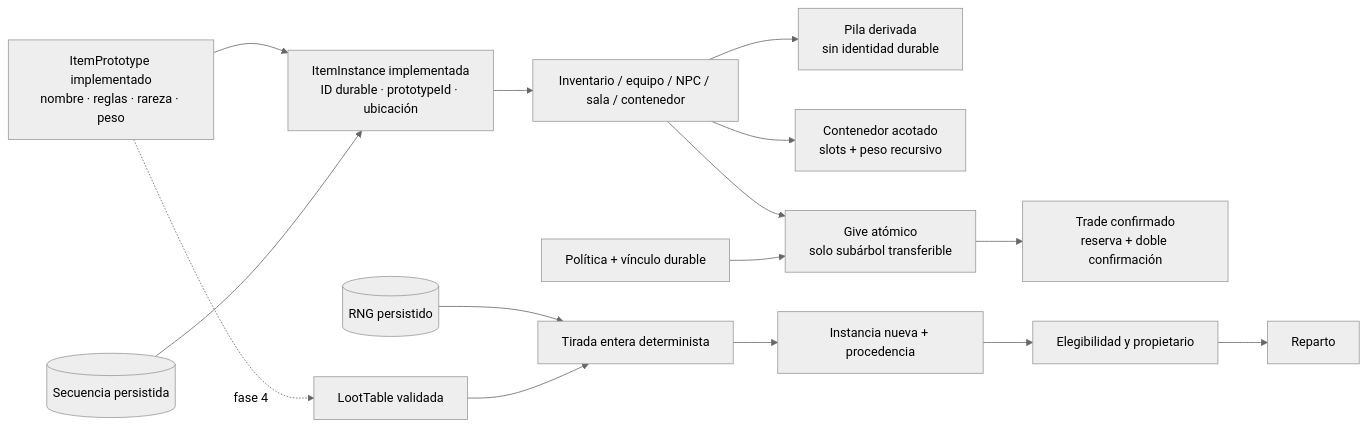
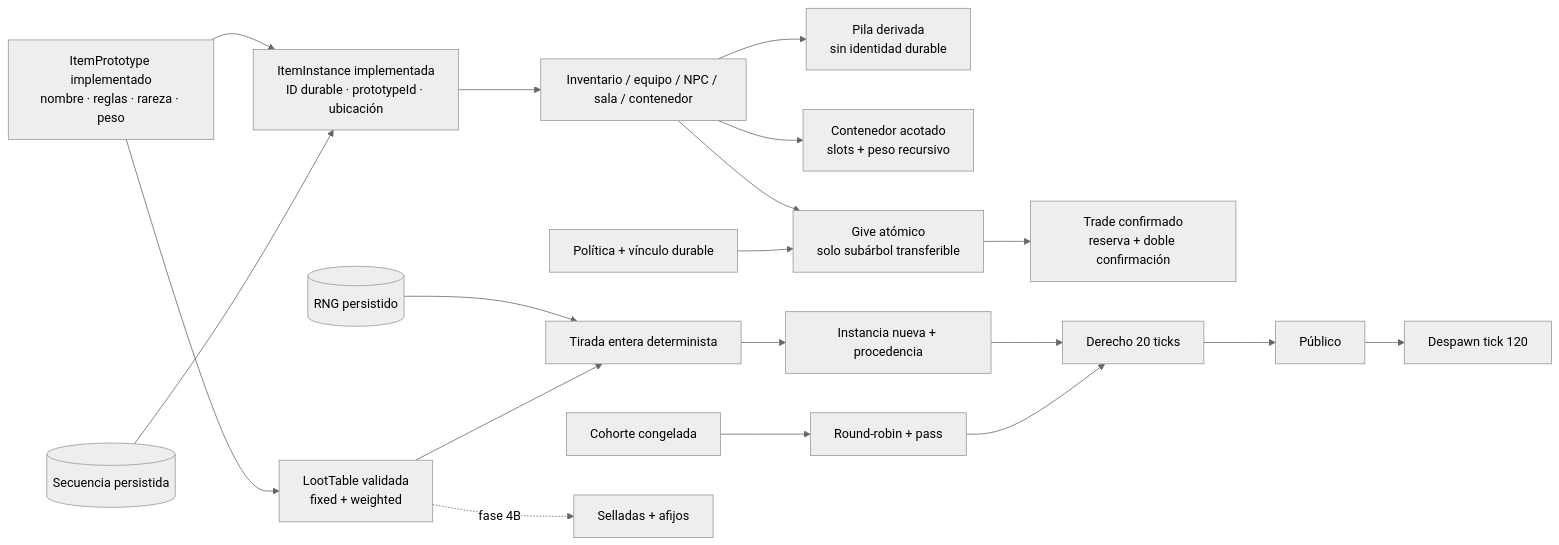
One commit to hyukudan/tiamud changed the third of 3 diagrams in docs/design/social-staff-and-loot-roadmap.md. Above: the diagram before and after it, drawn with Mermaid (neutral theme). The commit also changed other lines of this file and 46 other files, not shown here.

Commit message:
Implement repeatable loot rights and provenance

````diff
--- a/docs/design/social-staff-and-loot-roadmap.md
+++ b/docs/design/social-staff-and-loot-roadmap.md
@@ -386,21 +405,25 @@
 ```mermaid
 flowchart LR
     accTitle: Inventario implementado y ampliaciones de transferencia y botín
-    accDescr: Cada unidad conserva identidad durable; pilas, contenedores, políticas, entrega directa y trade confirmado ya son autoritativos. Derechos y tablas siguen como fases posteriores.
+    accDescr: Cada unidad conserva identidad durable; pilas, contenedores, políticas, trade, tablas repetibles, procedencia y derechos ya son autoritativos. Los afijos y recompensas selladas quedan para 4B.
 
     Prototype[ItemPrototype implementado<br/>nombre · reglas · rareza · peso] --> Instance[ItemInstance implementada<br/>ID durable · prototypeId · ubicación]
     Sequence[(Secuencia persistida)] --> Instance
     Instance --> Current[Inventario / equipo / NPC / sala / contenedor]
     Current --> Stack[Pila derivada<br/>sin identidad durable]
     Current --> Container[Contenedor acotado<br/>slots + peso recursivo]
     Current --> Give[Give atómico<br/>solo subárbol transferible]
     Policy[Política + vínculo durable] --> Give
     Give --> Trade[Trade confirmado<br/>reserva + doble confirmación]
 
-    Prototype -. fase 4 .-> Table[LootTable validada]
+    Prototype --> Table[LootTable validada<br/>fixed + weighted]
     RNG[(RNG persistido)] --> Roll[Tirada entera determinista]
     Table --> Roll
     Roll --> Generated[Instancia nueva + procedencia]
-    Generated --> Rights[Elegibilidad y propietario]
-    Rights --> Future[Reparto]
+    Generated --> Rights[Derecho 20 ticks]
+    Cohort[Cohorte congelada] --> RR[Round-robin + pass]
+    RR --> Rights
+    Rights --> Public[Público]
+    Public --> Despawn[Despawn tick 120]
+    Table -. fase 4B .-> Sealed[Selladas + afijos]
 ```
````
